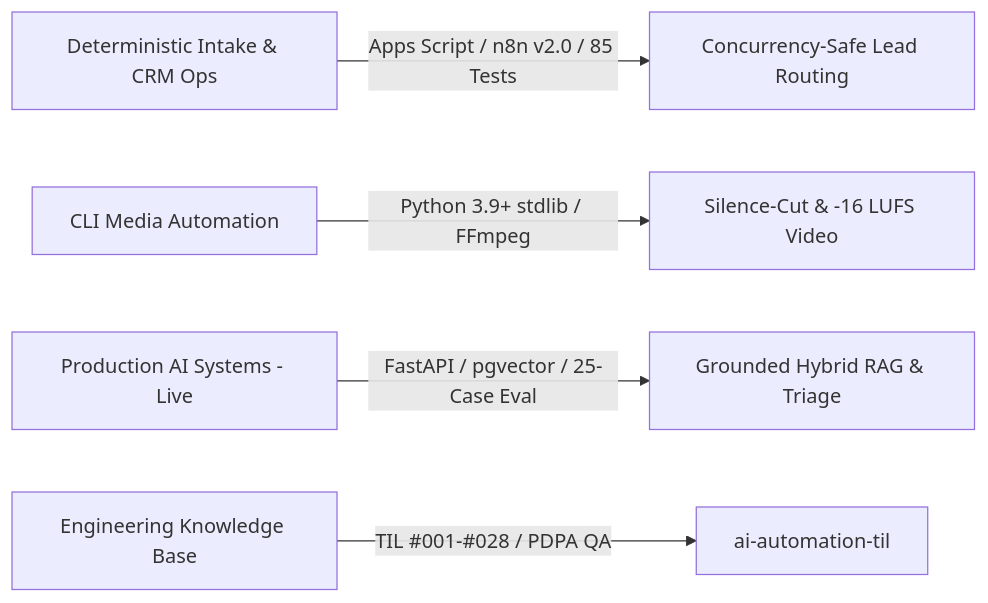
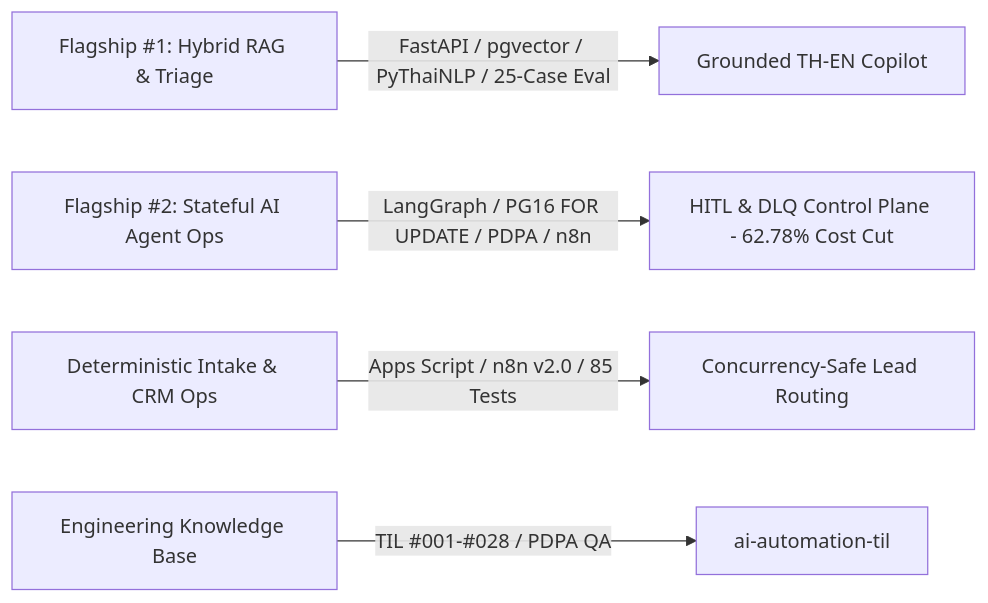
The diagram in README.md (ApecSinlapachai/ApecSinlapachai), drawn with Mermaid before and after one commit. The commit also changed other lines of this file, not shown here.

Commit message:
docs: showcase both Flagship AI projects (RAG Copilot & Agent Ops) with live demos and metrics

````diff
--- a/README.md
+++ b/README.md
@@ -57,7 +70,7 @@
 ```mermaid
 flowchart LR
-    A[Deterministic Intake & CRM Ops] -->|Apps Script / n8n v2.0 / 85 Tests| B[Concurrency-Safe Lead Routing]
-    C[CLI Media Automation] -->|Python 3.9+ stdlib / FFmpeg| D[Silence-Cut & -16 LUFS Video]
-    E[Production AI Systems - Live] -->|FastAPI / pgvector / 25-Case Eval| F[Grounded Hybrid RAG & Triage]
+    A[Flagship #1: Hybrid RAG & Triage] -->|FastAPI / pgvector / PyThaiNLP / 25-Case Eval| B[Grounded TH-EN Copilot]
+    C[Flagship #2: Stateful AI Agent Ops] -->|LangGraph / PG16 FOR UPDATE / PDPA / n8n| D[HITL & DLQ Control Plane - 62.78% Cost Cut]
+    E[Deterministic Intake & CRM Ops] -->|Apps Script / n8n v2.0 / 85 Tests| F[Concurrency-Safe Lead Routing]
     G[Engineering Knowledge Base] -->|TIL #001-#028 / PDPA QA| H[ai-automation-til]
 ```
````
